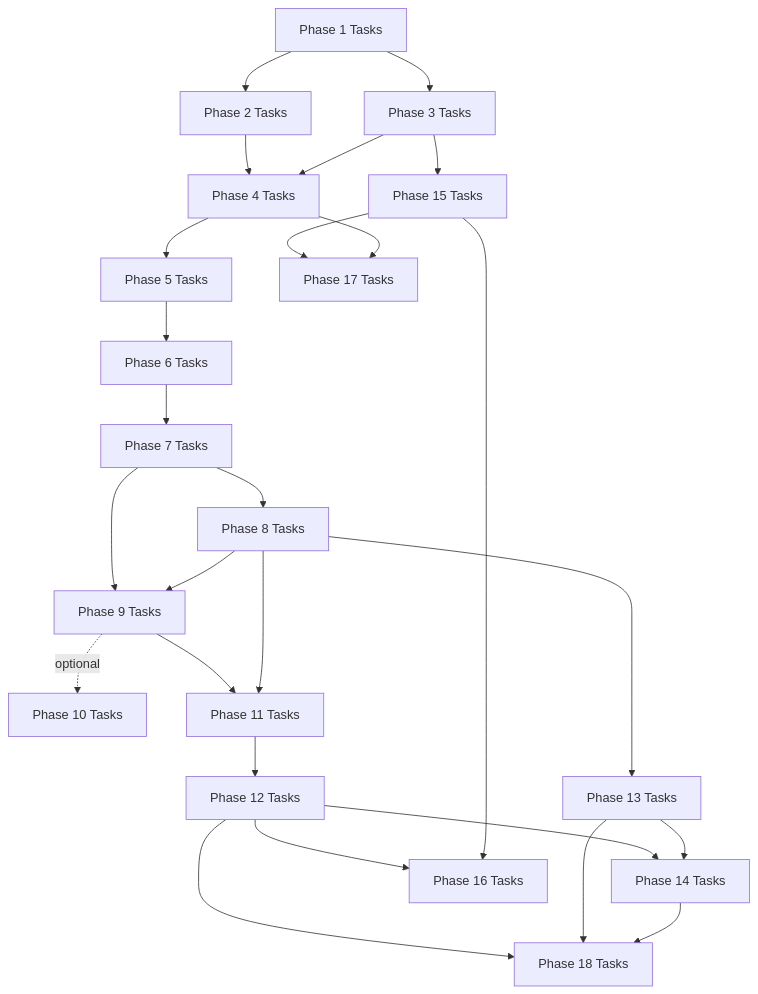
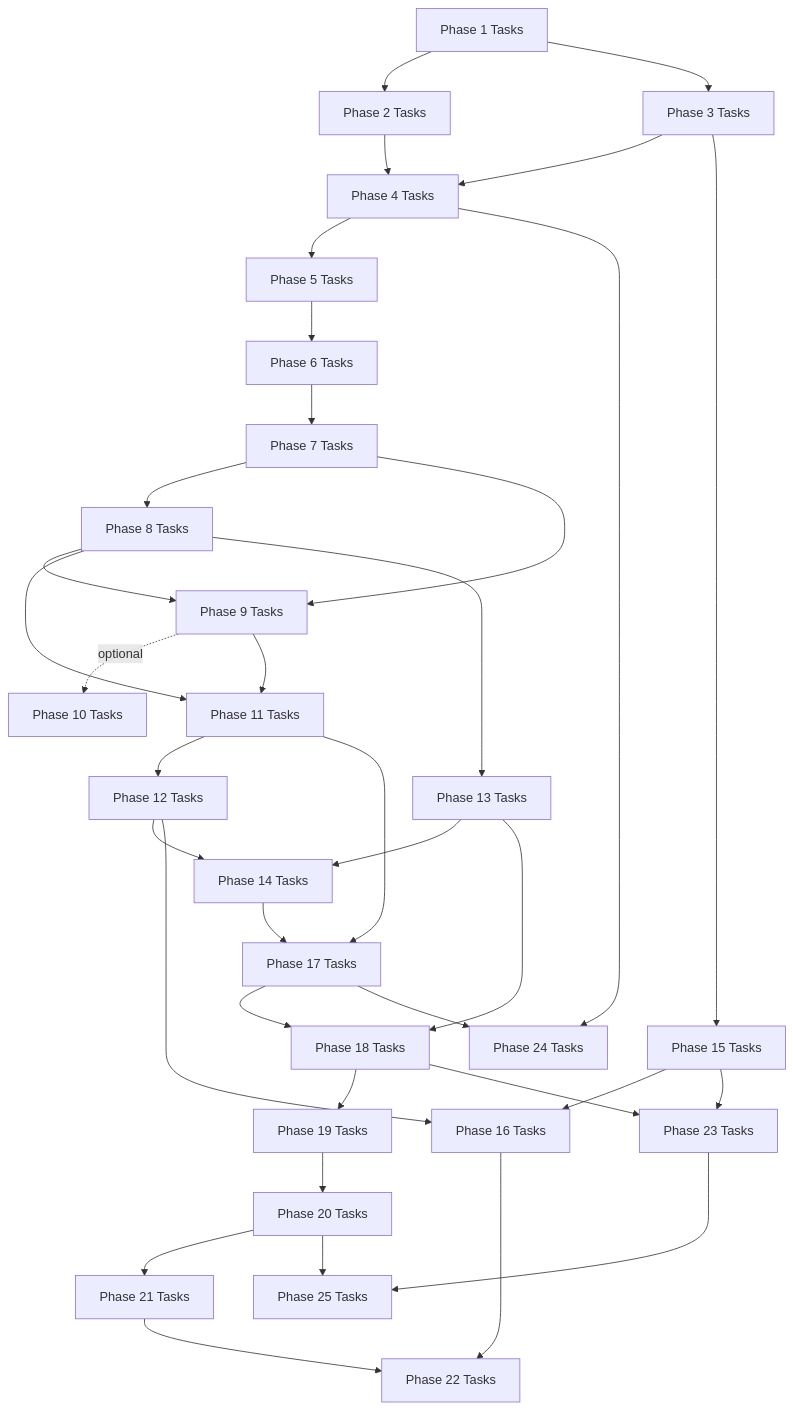
Before and after one commit to mikecubed/m3OS: the diagram in docs/roadmap/tasks/README.md, drawn with Mermaid. The commit also changed other lines of this file and 20 other files, not shown here.

First line of the commit message:
Restructure roadmap: phases 17-25 replace old 17-18 numbering

````diff
--- a/docs/roadmap/tasks/README.md
+++ b/docs/roadmap/tasks/README.md
@@ -25,38 +25,48 @@
 ```mermaid
 flowchart TD
     P1["Phase 1 Tasks"]
     P2["Phase 2 Tasks"]
     P3["Phase 3 Tasks"]
     P4["Phase 4 Tasks"]
     P5["Phase 5 Tasks"]
     P6["Phase 6 Tasks"]
     P7["Phase 7 Tasks"]
     P8["Phase 8 Tasks"]
     P9["Phase 9 Tasks"]
 
     P1 --> P2
     P1 --> P3
     P2 --> P4
     P3 --> P4
     P4 --> P5
     P5 --> P6
     P6 --> P7
     P7 --> P8
     P7 --> P9
     P8 --> P9
     P9 -.->|optional| P10["Phase 10 Tasks"]
     P9 --> P11["Phase 11 Tasks"]
     P8 --> P11
     P11 --> P12["Phase 12 Tasks"]
     P8 --> P13["Phase 13 Tasks"]
     P12 --> P14["Phase 14 Tasks"]
     P13 --> P14
     P3 --> P15["Phase 15 Tasks"]
     P12 --> P16["Phase 16 Tasks"]
     P15 --> P16
-    P15 --> P17["Phase 17 Tasks"]
-    P4 --> P17
-    P12 --> P18["Phase 18 Tasks"]
+    P14 --> P17["Phase 17 Tasks"]
+    P11 --> P17
+    P17 --> P18["Phase 18 Tasks"]
     P13 --> P18
-    P14 --> P18
+    P18 --> P19["Phase 19 Tasks"]
+    P19 --> P20["Phase 20 Tasks"]
+    P20 --> P21["Phase 21 Tasks"]
+    P16 --> P22["Phase 22 Tasks"]
+    P21 --> P22
+    P18 --> P23["Phase 23 Tasks"]
+    P15 --> P23
+    P17 --> P24["Phase 24 Tasks"]
+    P4 --> P24
+    P20 --> P25["Phase 25 Tasks"]
+    P23 --> P25
 ```
````
